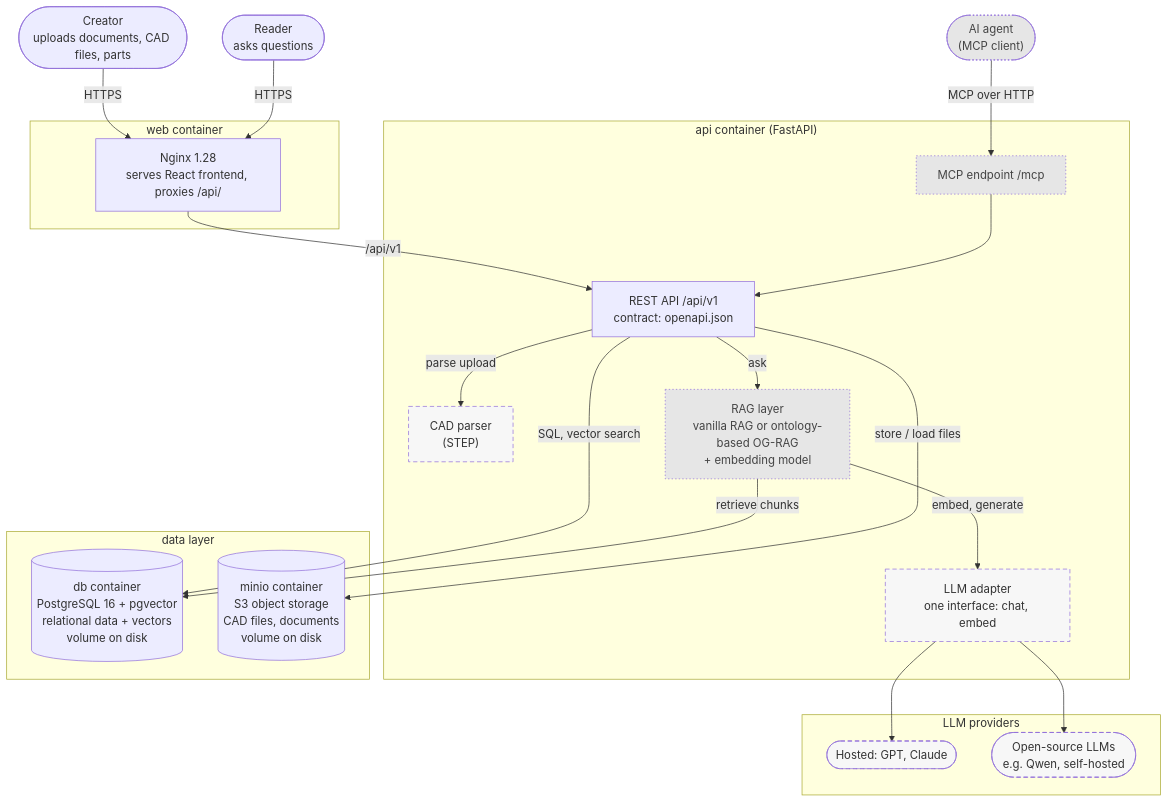
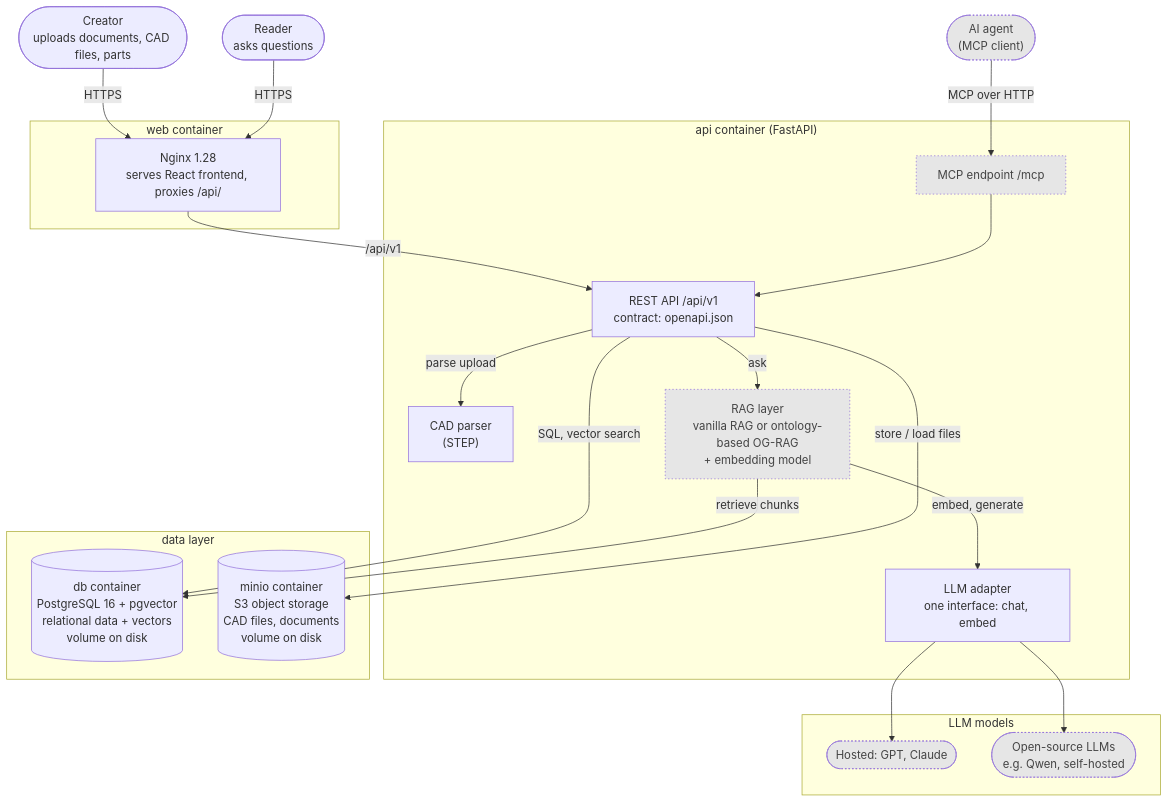
Before and after one commit to amosproj/amos2026ws02-engineering-knowledge-advisor: the first of 2 diagrams in Documentation/architecture/software-architecture.md, drawn with Mermaid. The commit also changed other lines of this file, not shown here.

Commit message:
fix: clarify terminology and update descriptions in software architecture documentation

````diff
--- a/Documentation/architecture/software-architecture.md
+++ b/Documentation/architecture/software-architecture.md
@@ -12,47 +12,45 @@
 ```mermaid
 flowchart TB
     creator(["Creator<br/>uploads documents, CAD files, parts"])
     reader(["Reader<br/>asks questions"])
     agent(["AI agent<br/>(MCP client)"])
 
     subgraph webc["web container"]
         nginx["Nginx 1.28<br/>serves React frontend, proxies /api/"]
     end
 
     subgraph apic["api container (FastAPI)"]
         rest["REST API /api/v1<br/>contract: openapi.json"]
         mcp["MCP endpoint /mcp"]
         cad["CAD parser<br/>(STEP)"]
         rag["RAG layer<br/>vanilla RAG or ontology-based OG-RAG<br/>+ embedding model"]
         llm["LLM adapter<br/>one interface: chat, embed"]
     end
 
     subgraph datac["data layer"]
         db[("db container<br/>PostgreSQL 16 + pgvector<br/>relational data + vectors<br/>volume on disk")]
         s3[("minio container<br/>S3 object storage<br/>CAD files, documents<br/>volume on disk")]
     end
 
-    subgraph prov["LLM providers"]
+    subgraph prov["LLM models"]
         hosted(["Hosted: GPT, Claude"])
         oss(["Open-source LLMs<br/>e.g. Qwen, self-hosted"])
     end
 
     creator -- "HTTPS" --> nginx
     reader -- "HTTPS" --> nginx
     nginx -- "/api/v1" --> rest
     agent -- "MCP over HTTP" --> mcp
     mcp --> rest
     rest -- "parse upload" --> cad
     rest -- "SQL, vector search" --> db
     rest -- "store / load files" --> s3
     rest -- "ask" --> rag
     rag -- "retrieve chunks" --> db
     rag -- "embed, generate" --> llm
     llm --> hosted
     llm --> oss
 
-    classDef planned stroke-dasharray: 6 4,fill:#f7f7f7;
     classDef open stroke-dasharray: 2 3,fill:#e6e6e6,color:#444;
-    class cad,llm,hosted,oss planned
-    class mcp,rag,agent open
+    class mcp,rag,agent,hosted,oss open
 ```
````
